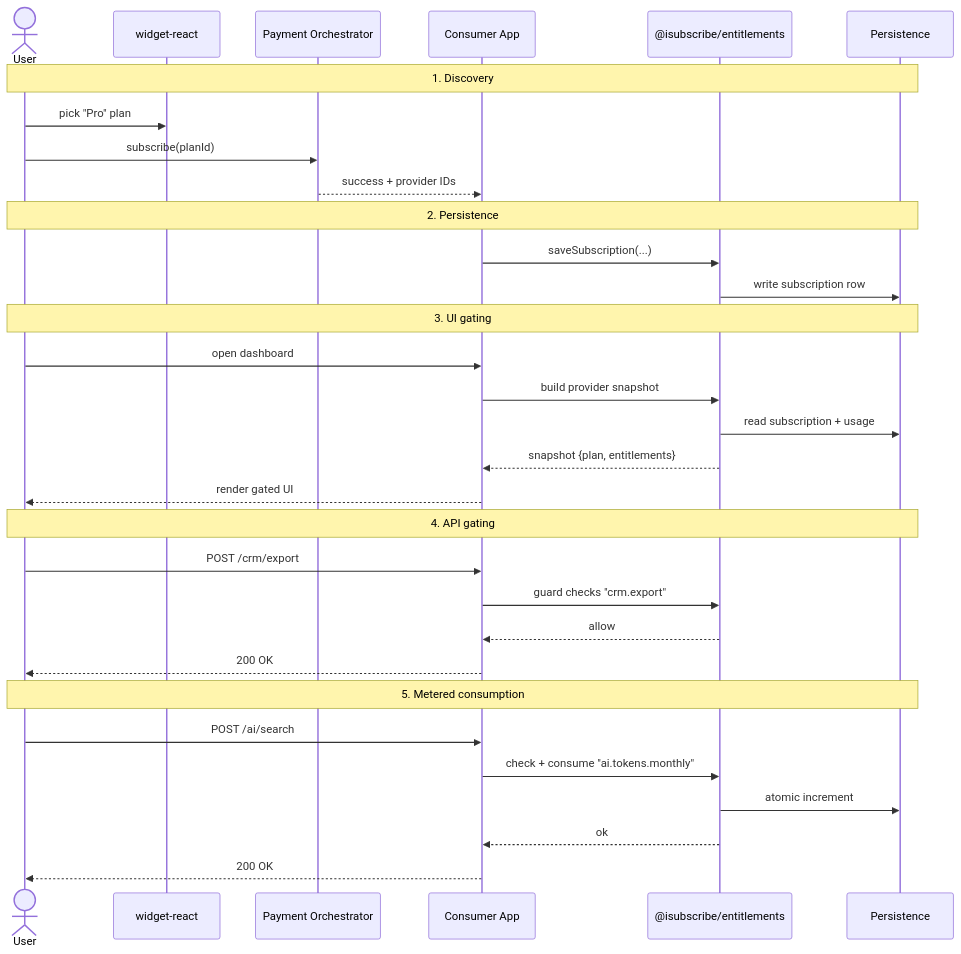
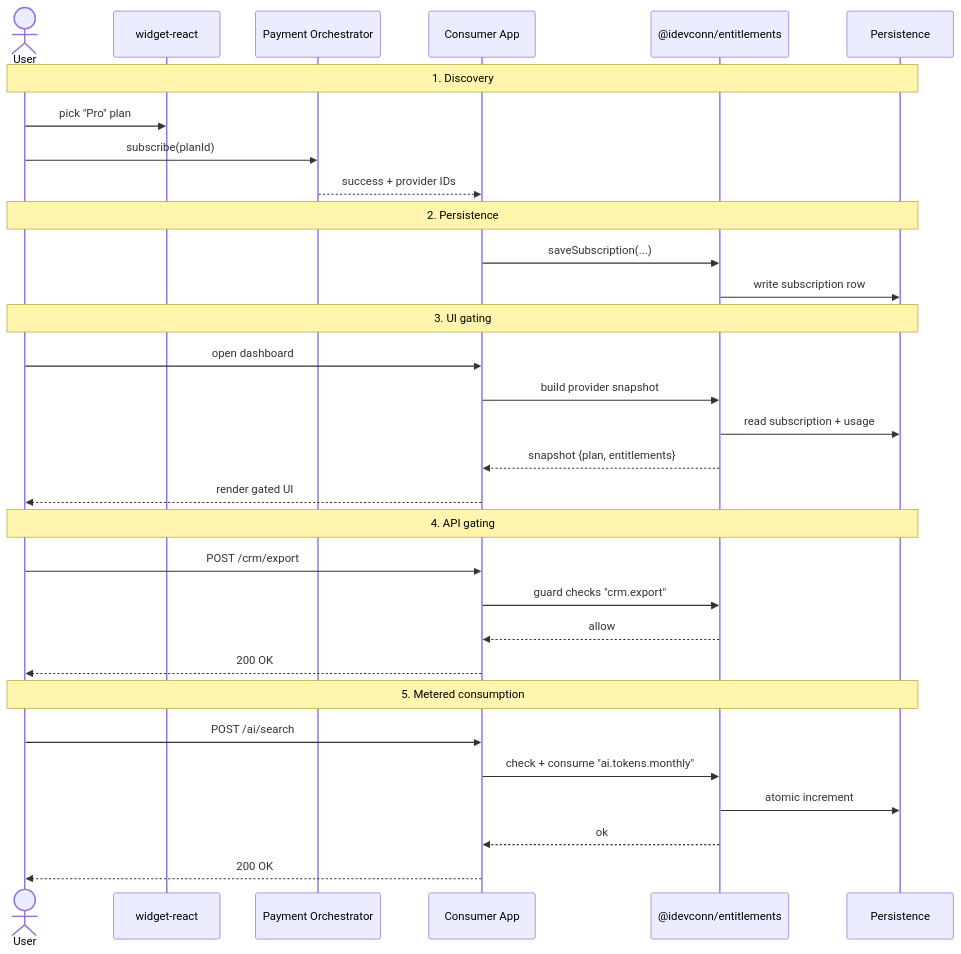
The second of 3 diagrams in doc/design.md (iDEVconn/isubscribe-entitlements), drawn with Mermaid before and after one commit. The commit also changed other lines of this file and 27 other files, not shown here.

````diff
--- a/doc/design.md
+++ b/doc/design.md
@@ -221,38 +221,38 @@
 ```mermaid
 sequenceDiagram
     actor User
     participant Widget as widget-react
     participant Orch as Payment Orchestrator
     participant App as Consumer App
-    participant Ent as @isubscribe/entitlements
+    participant Ent as @idevconn/entitlements
     participant DB as Persistence
 
     Note over User,DB: 1. Discovery
     User->>Widget: pick "Pro" plan
     User->>Orch: subscribe(planId)
     Orch-->>App: success + provider IDs
 
     Note over User,DB: 2. Persistence
     App->>Ent: saveSubscription(...)
     Ent->>DB: write subscription row
 
     Note over User,DB: 3. UI gating
     User->>App: open dashboard
     App->>Ent: build provider snapshot
     Ent->>DB: read subscription + usage
     Ent-->>App: snapshot {plan, entitlements}
     App-->>User: render gated UI
 
     Note over User,DB: 4. API gating
     User->>App: POST /crm/export
     App->>Ent: guard checks "crm.export"
     Ent-->>App: allow
     App-->>User: 200 OK
 
     Note over User,DB: 5. Metered consumption
     User->>App: POST /ai/search
     App->>Ent: check + consume "ai.tokens.monthly"
     Ent->>DB: atomic increment
     Ent-->>App: ok
     App-->>User: 200 OK
 ```
````
